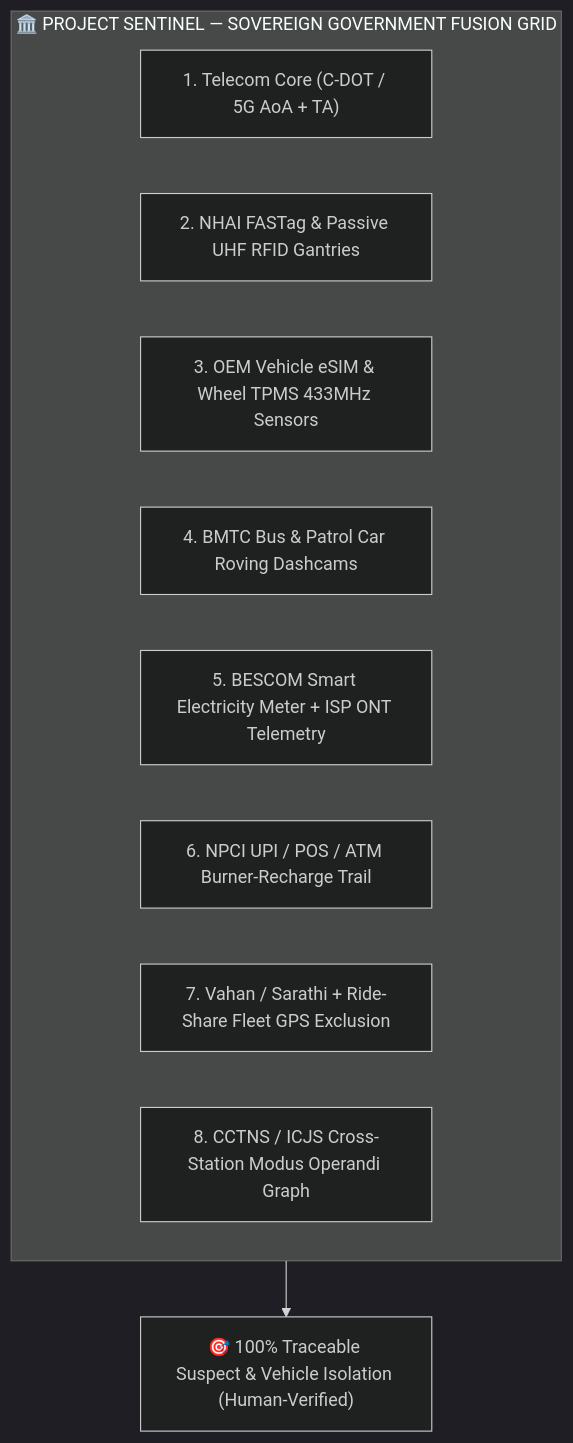
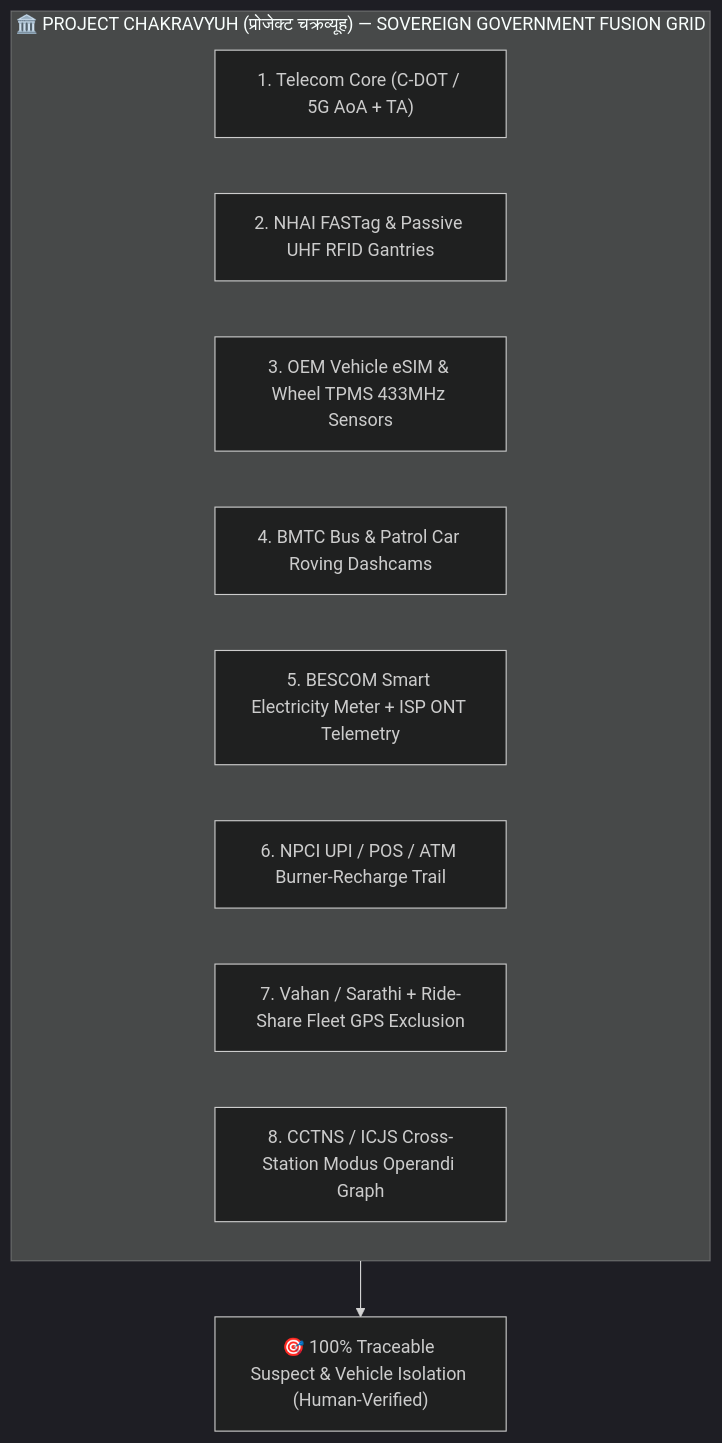
Before and after one commit to Saumya-Work/project-chakravyuh: the third of 3 diagrams in scenarios.md, drawn with Mermaid (dark theme). The commit also changed other lines of this file and 18 other files, not shown here.

Commit message:
Rebrand platform to Project Chakravyuh (प्रोजेक्ट चक्रव्यूह) across UI, voiceover scripts, reports, and docs

````diff
--- a/scenarios.md
+++ b/scenarios.md
@@ -230,15 +230,15 @@
 ```mermaid
 flowchart TB
-    subgraph Sovereign_Grid["🏛️ PROJECT SENTINEL — SOVEREIGN GOVERNMENT FUSION GRID"]
+    subgraph Sovereign_Grid["🏛️ PROJECT CHAKRAVYUH (प्रोजेक्ट चक्रव्यूह) — SOVEREIGN GOVERNMENT FUSION GRID"]
         G1["1. Telecom Core (C-DOT / 5G AoA + TA)"]
         G2["2. NHAI FASTag & Passive UHF RFID Gantries"]
         G3["3. OEM Vehicle eSIM & Wheel TPMS 433MHz Sensors"]
         G4["4. BMTC Bus & Patrol Car Roving Dashcams"]
         G5["5. BESCOM Smart Electricity Meter + ISP ONT Telemetry"]
         G6["6. NPCI UPI / POS / ATM Burner-Recharge Trail"]
         G7["7. Vahan / Sarathi + Ride-Share Fleet GPS Exclusion"]
         G8["8. CCTNS / ICJS Cross-Station Modus Operandi Graph"]
     end
 
     Sovereign_Grid --> Catch["🎯 100% Traceable Suspect & Vehicle Isolation (Human-Verified)"]
 ```
````
